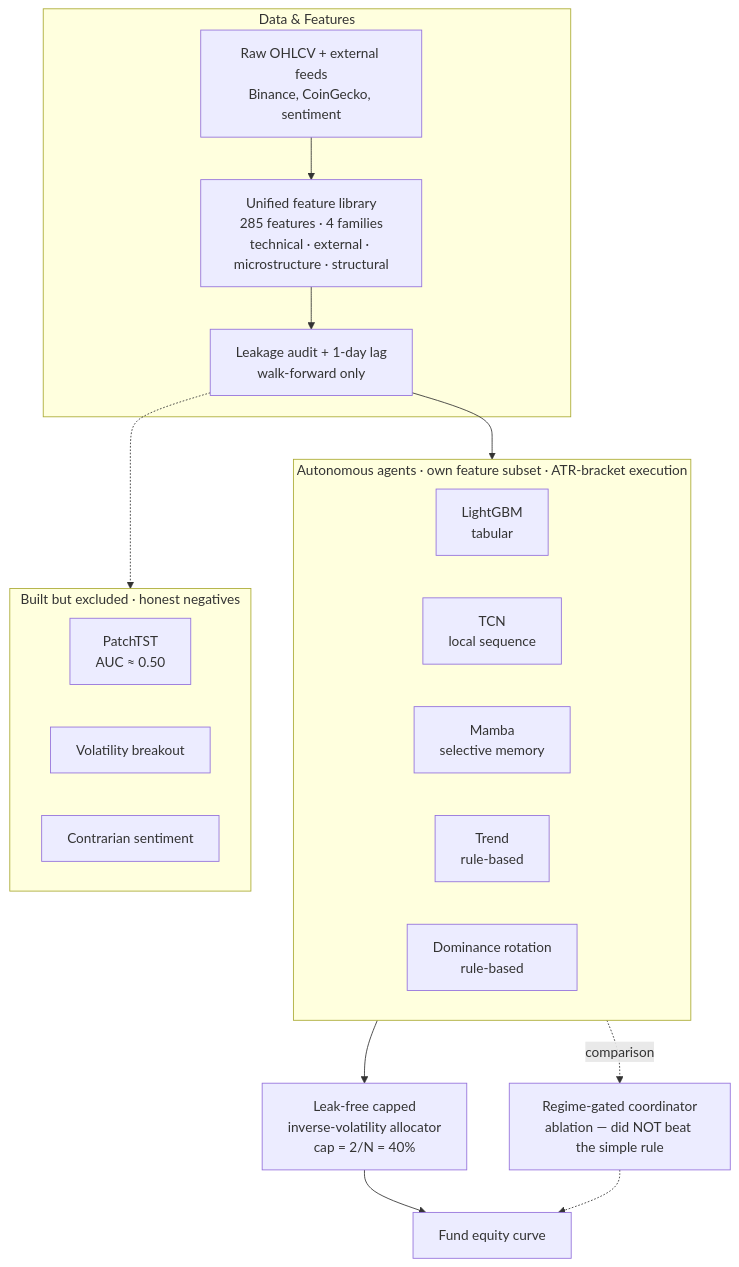
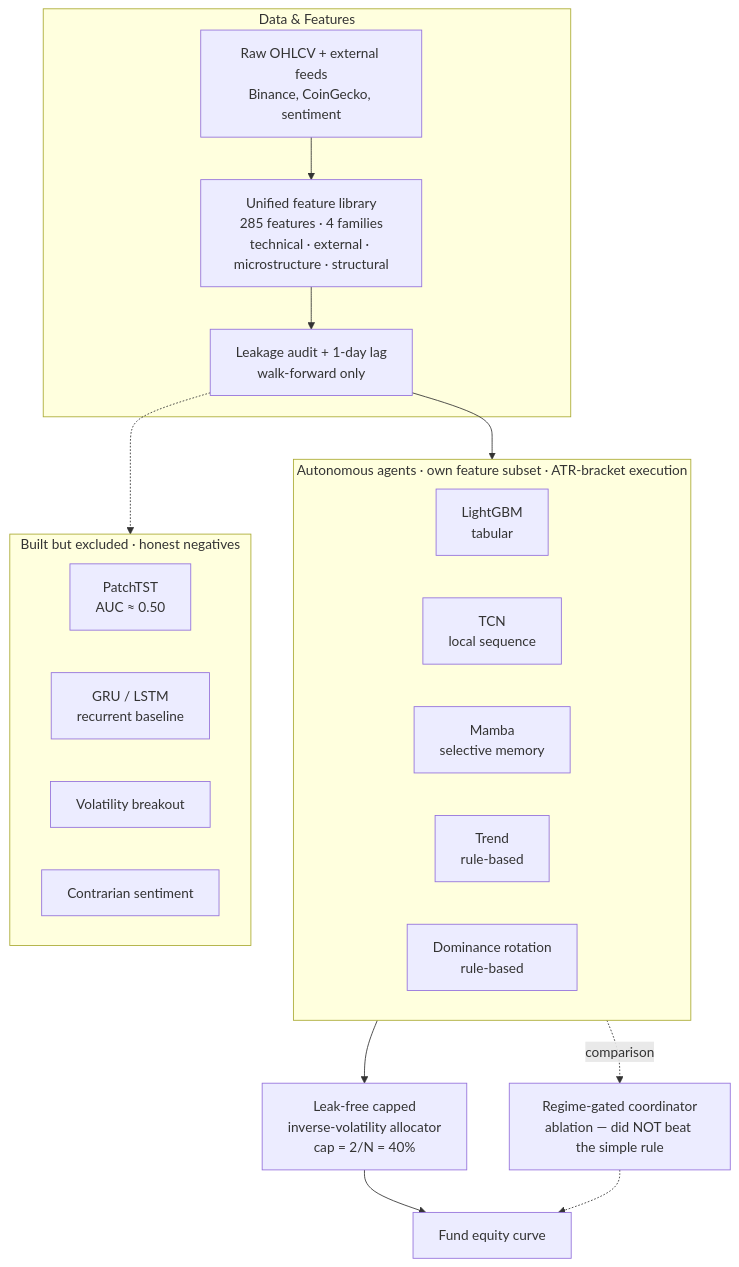
The diagram in README.md (WojciechNeuman/hybrid-multi-agent-trading-system), drawn with Mermaid before and after one commit. The commit also changed other lines of this file and 73 other files, not shown here.

````diff
--- a/README.md
+++ b/README.md
@@ -19,34 +17,35 @@
 ```mermaid
 flowchart TD
     subgraph DATA[Data & Features]
         RAW[Raw OHLCV + external feeds<br/>Binance, CoinGecko, sentiment]
         FEAT[Unified feature library<br/>285 features · 4 families<br/>technical · external · microstructure · structural]
         AUDIT[Leakage audit + 1-day lag<br/>walk-forward only]
         RAW --> FEAT --> AUDIT
     end
 
     subgraph AGENTS[Autonomous agents · own feature subset · ATR-bracket execution]
         direction LR
         LGBM[LightGBM<br/>tabular]
         TCN[TCN<br/>local sequence]
         MAMBA[Mamba<br/>selective memory]
         TREND[Trend<br/>rule-based]
         DOM[Dominance rotation<br/>rule-based]
     end
 
     subgraph EXCL[Built but excluded · honest negatives]
         direction LR
         PATCH[PatchTST<br/>AUC ≈ 0.50]
+        RNN[GRU / LSTM<br/>recurrent baseline]
         VOL[Volatility breakout]
         SENT[Contrarian sentiment]
     end
 
     ALLOC[Leak-free capped<br/>inverse-volatility allocator<br/>cap = 2/N = 40%]
     FUND[Fund equity curve]
     COORD[Regime-gated coordinator<br/>ablation — did NOT beat the simple rule]
 
     AUDIT --> AGENTS
     AUDIT -.-> EXCL
     AGENTS --> ALLOC --> FUND
     AGENTS -.comparison.-> COORD -.-> FUND
 ```
````
